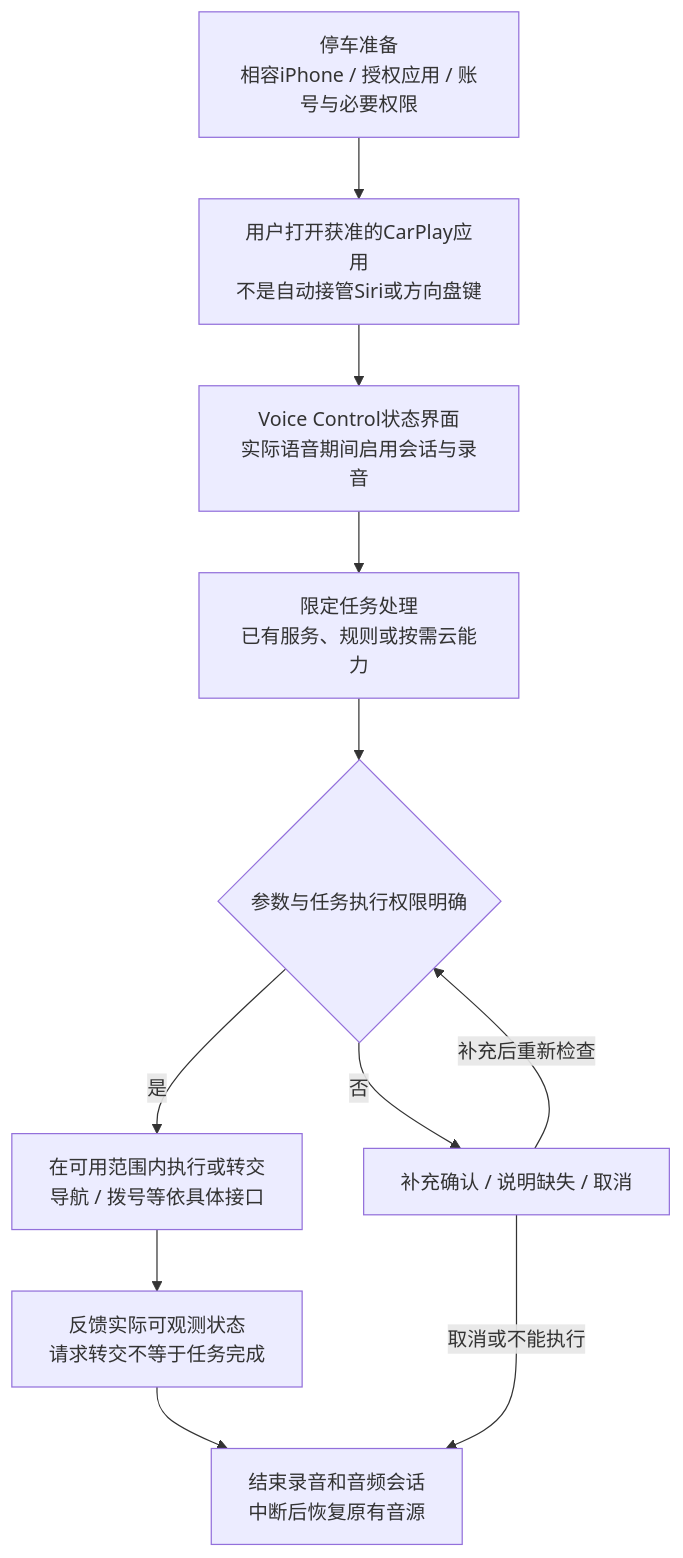
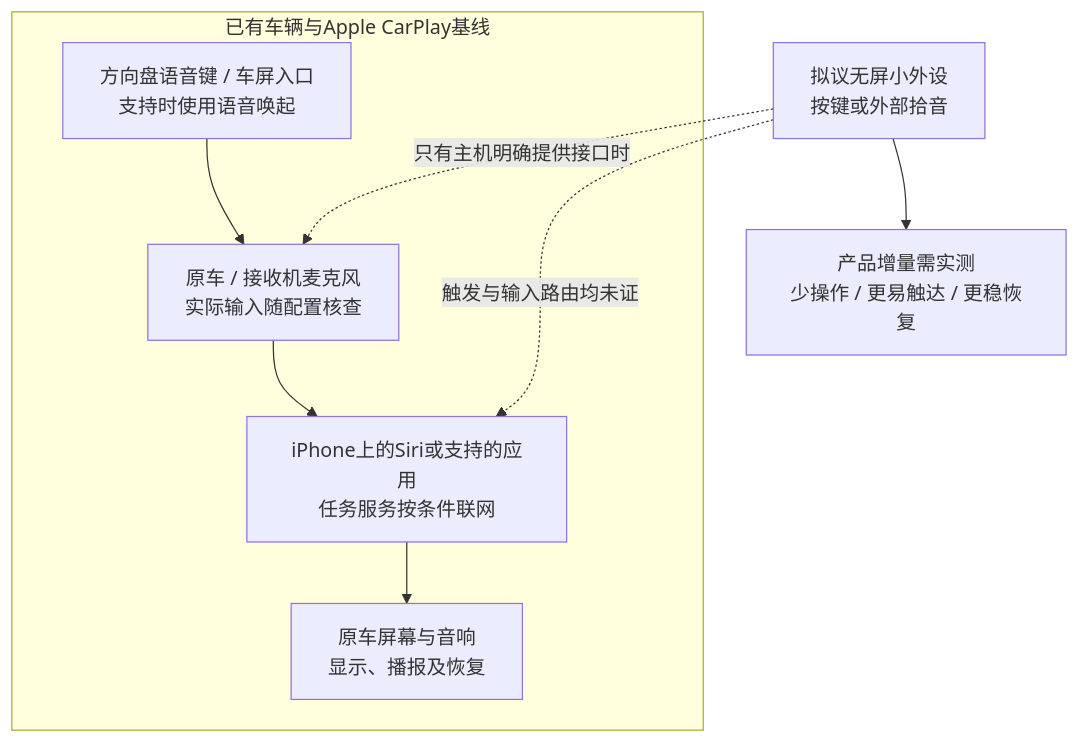
One commit to DreamSoul-AI/in-vehicle-ai-research changed the diagram in dist/diagrams/fig-03.mmd. Above: the diagram before and after it, drawn with Mermaid. The commit also changed 51 other files, not shown here.

```diff
--- a/dist/diagrams/fig-03.mmd
+++ b/dist/diagrams/fig-03.mmd
@@ -1,16 +1,14 @@
-%% title: 可选CarPlay语音应用的完整任务流程
-%% 分析示意；这是需要新增软件或合作的路线，不是已具备能力。
+%% title: 已有CarPlay时，小外设接在哪里
+%% 分析示意；实线为已有基线，虚线为尚需验证的新增外设输入，不代表已兼容。
+%% 来源 https://support.apple.com/en-us/108415
 %% 来源 https://developer.apple.com/carplay/
-%% 来源 https://developer.apple.com/download/files/CarPlay-Developer-Guide.pdf
-%% 来源 https://developer.apple.com/videos/play/wwdc2026/212/
 flowchart TB
-  SETUP["停车准备<br/>相容iPhone / 授权应用 / 账号与必要权限"] --> ENTRY["用户打开获准的CarPlay应用<br/>不是自动接管Siri或方向盘键"]
-  ENTRY --> LISTEN["Voice Control状态界面<br/>实际语音期间启用会话与录音"]
-  LISTEN --> TASK["限定任务处理<br/>已有服务、规则或按需云能力"]
-  TASK --> CHECK{"参数与任务执行权限明确"}
-  CHECK -->|"是"| ACTION["在可用范围内执行或转交<br/>导航 / 拨号等依具体接口"]
-  CHECK -->|"否"| CONFIRM["补充确认 / 说明缺失 / 取消"]
-  CONFIRM -->|"补充后重新检查"| CHECK
-  ACTION --> RESULT["反馈实际可观测状态<br/>请求转交不等于任务完成"]
-  RESULT --> END["结束录音和音频会话<br/>中断后恢复原有音源"]
-  CONFIRM -->|"取消或不能执行"| END
+  subgraph EXISTING["已有车辆与Apple CarPlay基线"]
+    START["方向盘语音键 / 车屏入口<br/>支持时使用语音唤起"] --> MIC["原车 / 接收机麦克风<br/>实际输入随配置核查"]
+    MIC --> PHONE["iPhone上的Siri或支持的应用<br/>任务服务按条件联网"]
+    PHONE --> OUTPUT["原车屏幕与音响<br/>显示、播报及恢复"]
+  end
+  EXTRA["拟议无屏小外设<br/>按键或外部拾音"] -.->|"触发与输入路由均未证"| PHONE
+  EXTRA -.->|"只有主机明确提供接口时"| MIC
+  VALUE["产品增量需实测<br/>少操作 / 更易触达 / 更稳恢复"]
+  EXTRA --> VALUE
```
